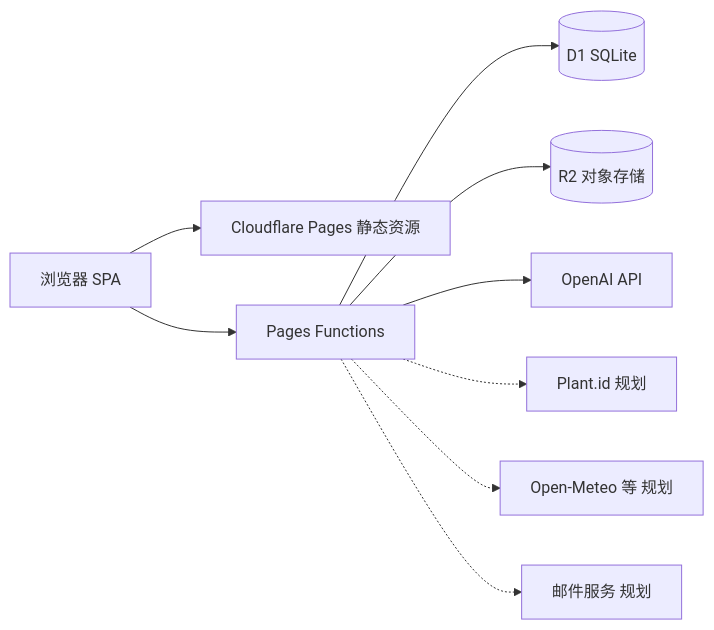
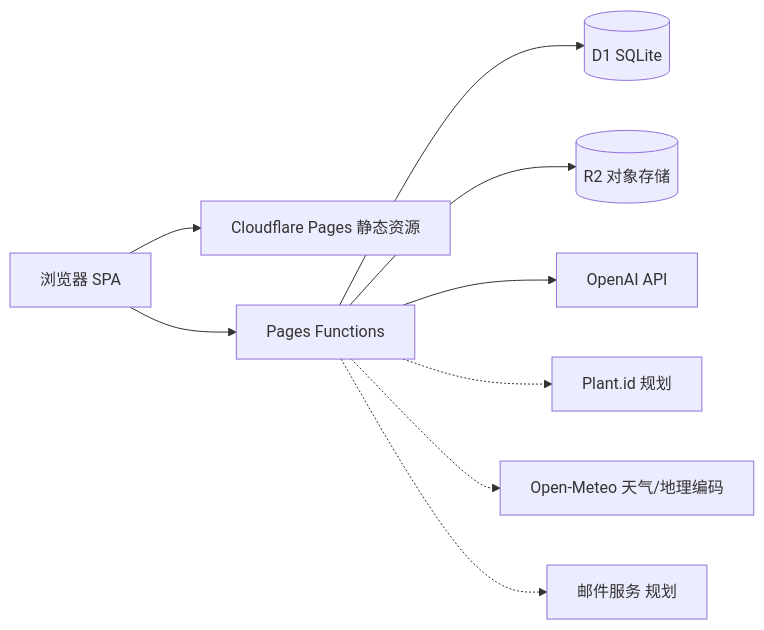
One commit to saltduck/gardenassist changed the diagram in docs/architecture/overview.md. Above: the diagram before and after it, drawn with Mermaid. The commit also changed other lines of this file and 13 other files, not shown here.

````diff
--- a/docs/architecture/overview.md
+++ b/docs/architecture/overview.md
@@ -5,21 +5,21 @@
 ```mermaid
 flowchart LR
   Browser[浏览器 SPA]
   Pages[Cloudflare Pages 静态资源]
   Fn[Pages Functions]
   D1[(D1 SQLite)]
   R2[(R2 对象存储)]
   OpenAI[OpenAI API]
   PlantId[Plant.id 规划]
-  Weather[Open-Meteo 等 规划]
+  Weather[Open-Meteo 天气/地理编码]
   Mail[邮件服务 规划]
 
   Browser --> Pages
   Browser --> Fn
   Fn --> D1
   Fn --> R2
   Fn --> OpenAI
   Fn -.-> PlantId
   Fn -.-> Weather
   Fn -.-> Mail
 ```
````
